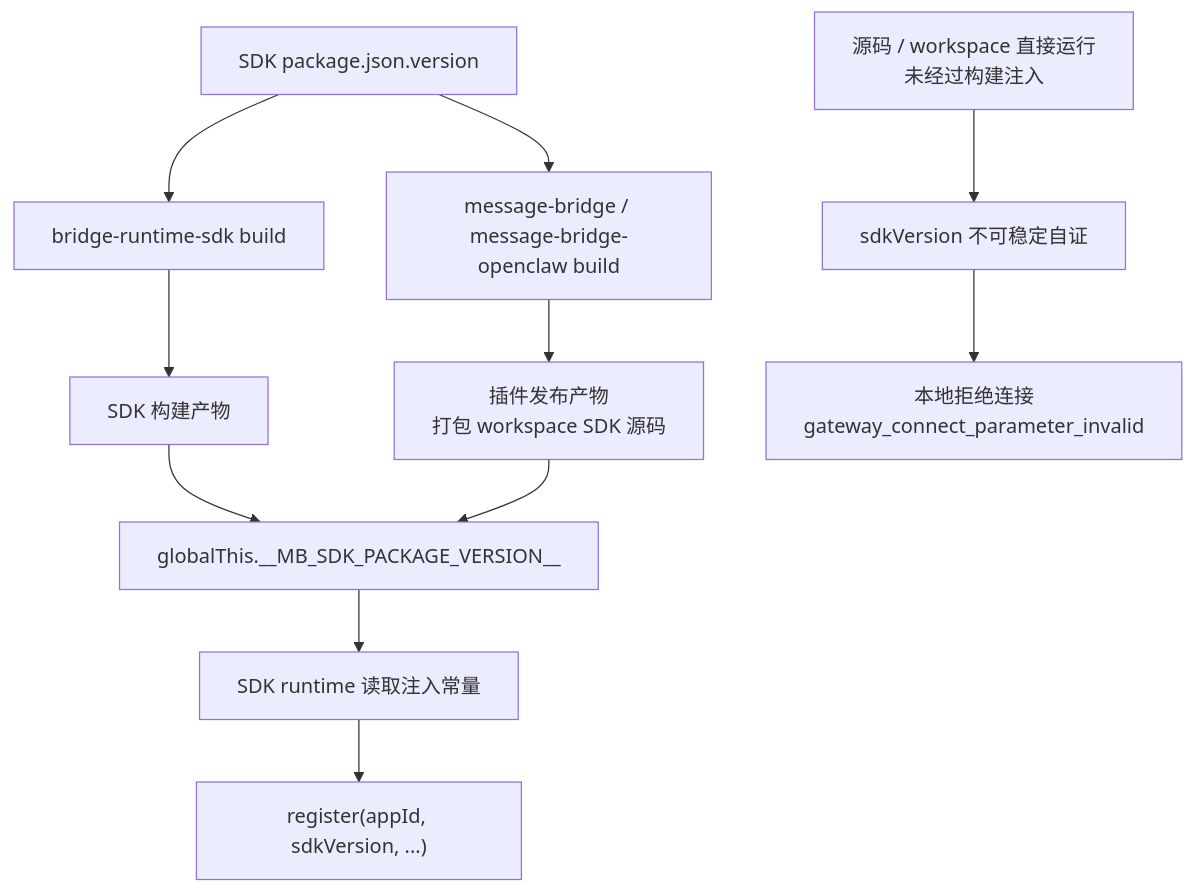
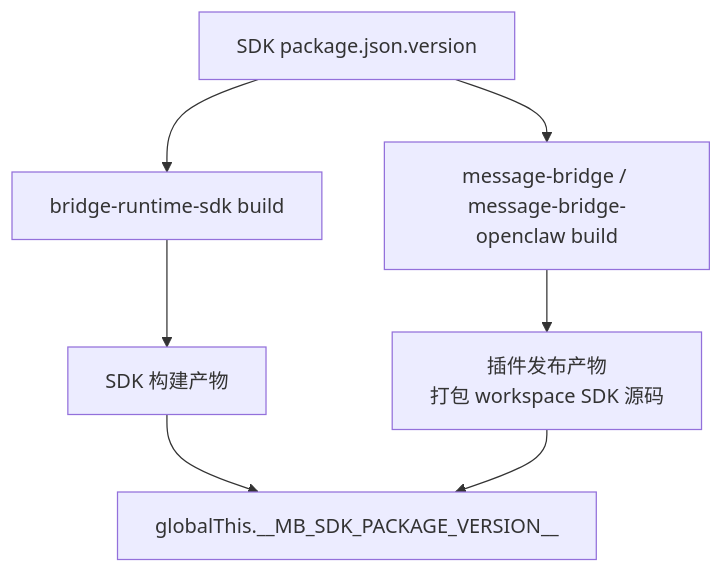
The third of 3 diagrams in packages/bridge-runtime-sdk/docs/app-subscription-version-gating-design.md (yuzhangCZ/agent-plugin), drawn with Mermaid before and after one commit. The commit also changed other lines of this file, not shown here.

Commit message:
docs(bridge-runtime-sdk): 调整订阅版本准入方案

````diff
--- a/packages/bridge-runtime-sdk/docs/app-subscription-version-gating-design.md
+++ b/packages/bridge-runtime-sdk/docs/app-subscription-version-gating-design.md
@@ -104,13 +104,9 @@
 ```mermaid
 flowchart TD
     Pkg["SDK package.json.version"] --> SdkBuild["bridge-runtime-sdk build"]
     Pkg --> PluginBuild["message-bridge / message-bridge-openclaw build"]
     SdkBuild --> SdkArtifact["SDK 构建产物"]
     PluginBuild --> PluginArtifact["插件发布产物<br/>打包 workspace SDK 源码"]
     SdkArtifact --> Injected["globalThis.__MB_SDK_PACKAGE_VERSION__"]
     PluginArtifact --> Injected
-    Source["源码 / workspace 直接运行<br/>未经过构建注入"] --> Missing["sdkVersion 不可稳定自证"]
-    Injected --> Runtime["SDK runtime 读取注入常量"]
-    Runtime --> Register["register(appId, sdkVersion, ...)"]
-    Missing --> Reject["本地拒绝连接<br/>gateway_connect_parameter_invalid"]
 ```
````
